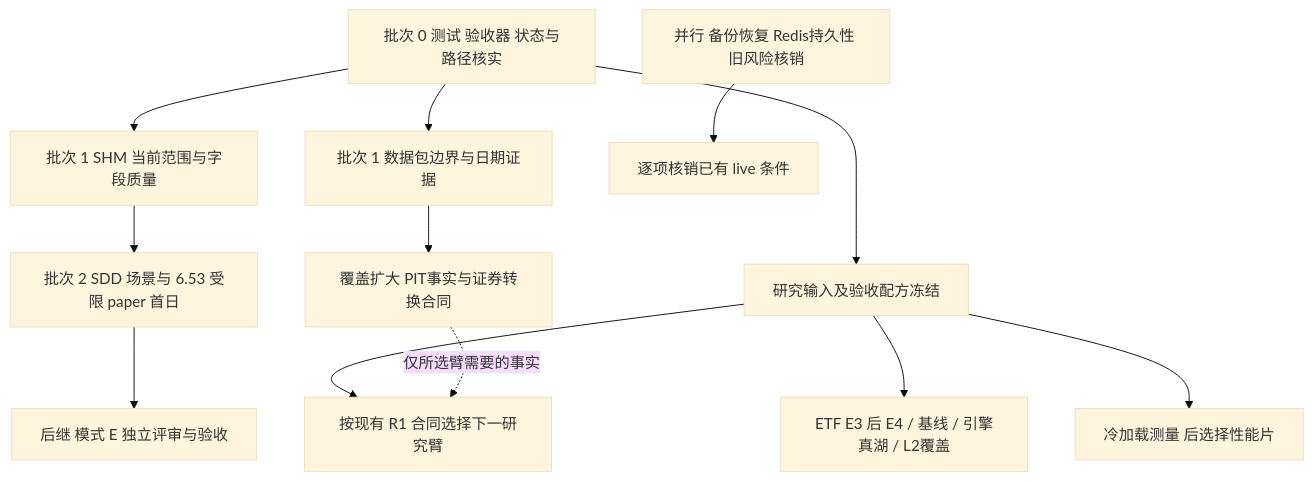
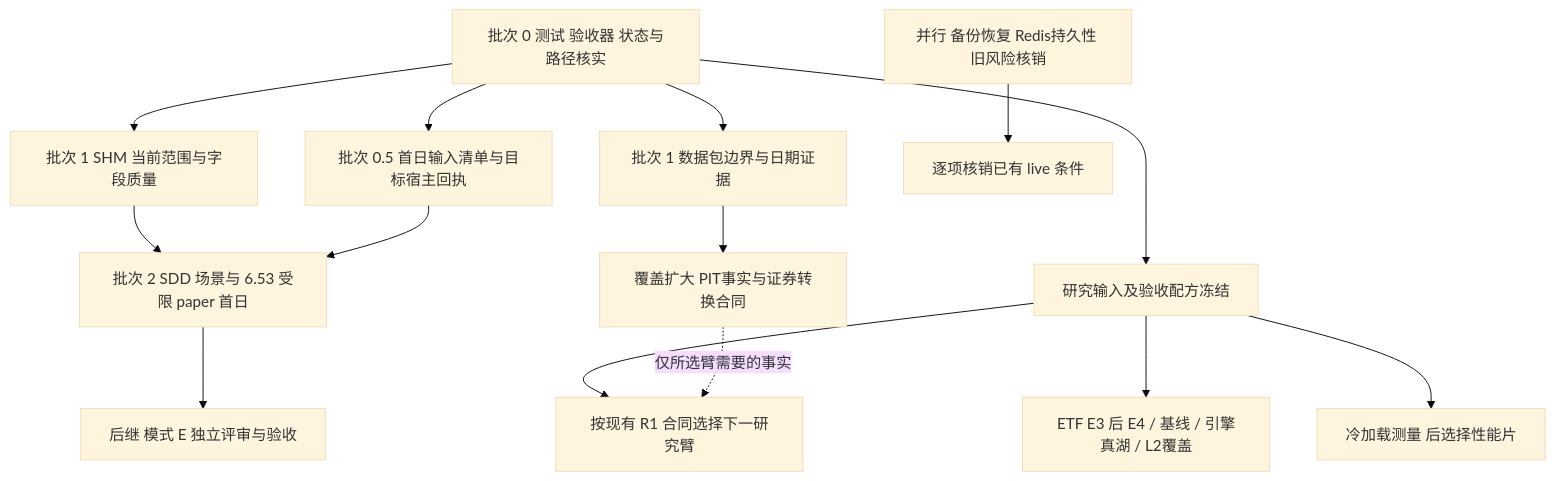
Before and after one commit to baiyibing/MyQuant-backtrader: the diagram in docs/operations/three-repo-closeout-plan-2026-10-30.md, drawn with Mermaid (base theme). The commit also changed other lines of this file and 6 other files, not shown here.

````diff
--- a/docs/operations/three-repo-closeout-plan-2026-10-30.md
+++ b/docs/operations/three-repo-closeout-plan-2026-10-30.md
@@ -80,14 +80,16 @@
 ```mermaid
 flowchart TD
     A[批次 0 测试 验收器 状态与路径核实] --> B[批次 1 SHM 当前范围与字段质量]
     A --> C[批次 1 数据包边界与日期证据]
+    A --> M[批次 0.5 首日输入清单与目标宿主回执]
     B --> D[批次 2 SDD 场景与 6.53 受限 paper 首日]
+    M --> D
     D --> E[后继 模式 E 独立评审与验收]
     A --> F[研究输入及验收配方冻结]
     F --> G[ETF E3 后 E4 / 基线 / 引擎真湖 / L2覆盖]
     F --> H[冷加载测量 后选择性能片]
     C --> I[覆盖扩大 PIT事实与证券转换合同]
     F --> J[按现有 R1 合同选择下一研究臂]
     I -. 仅所选臂需要的事实 .-> J
     K[并行 备份恢复 Redis持久性 旧风险核销] --> L[逐项核销已有 live 条件]
 ```
````
